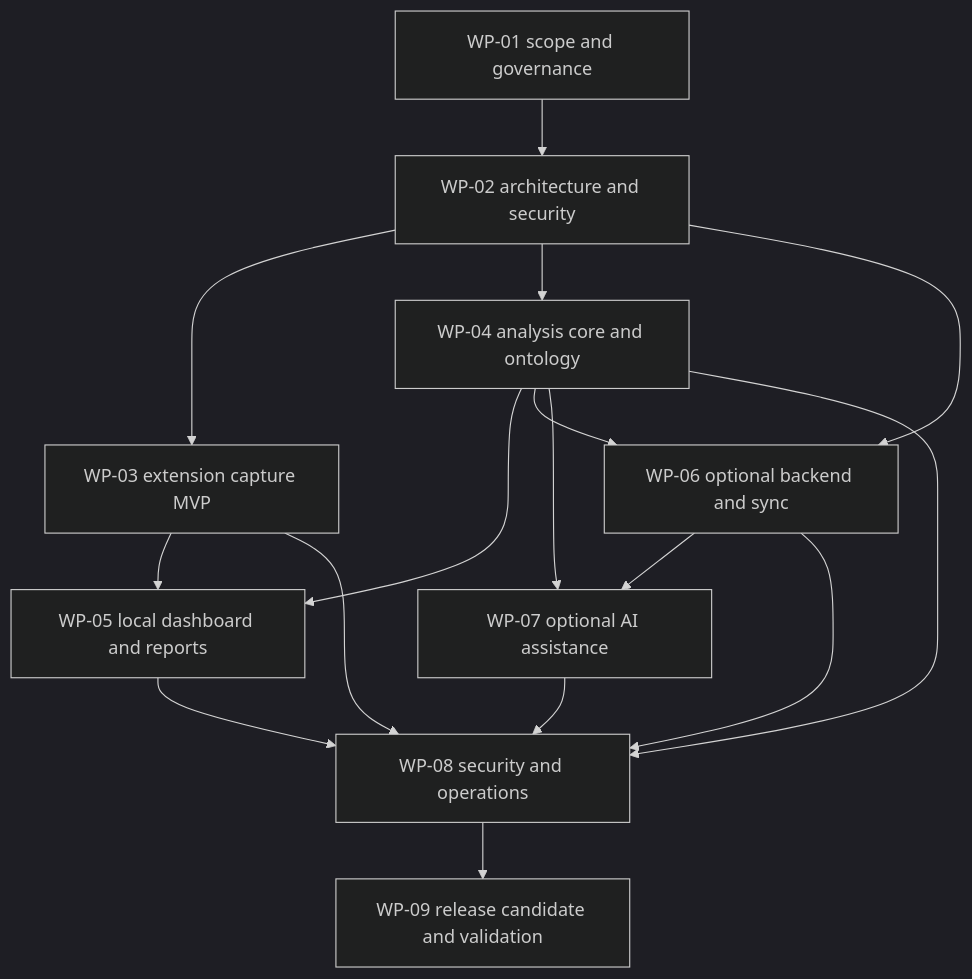
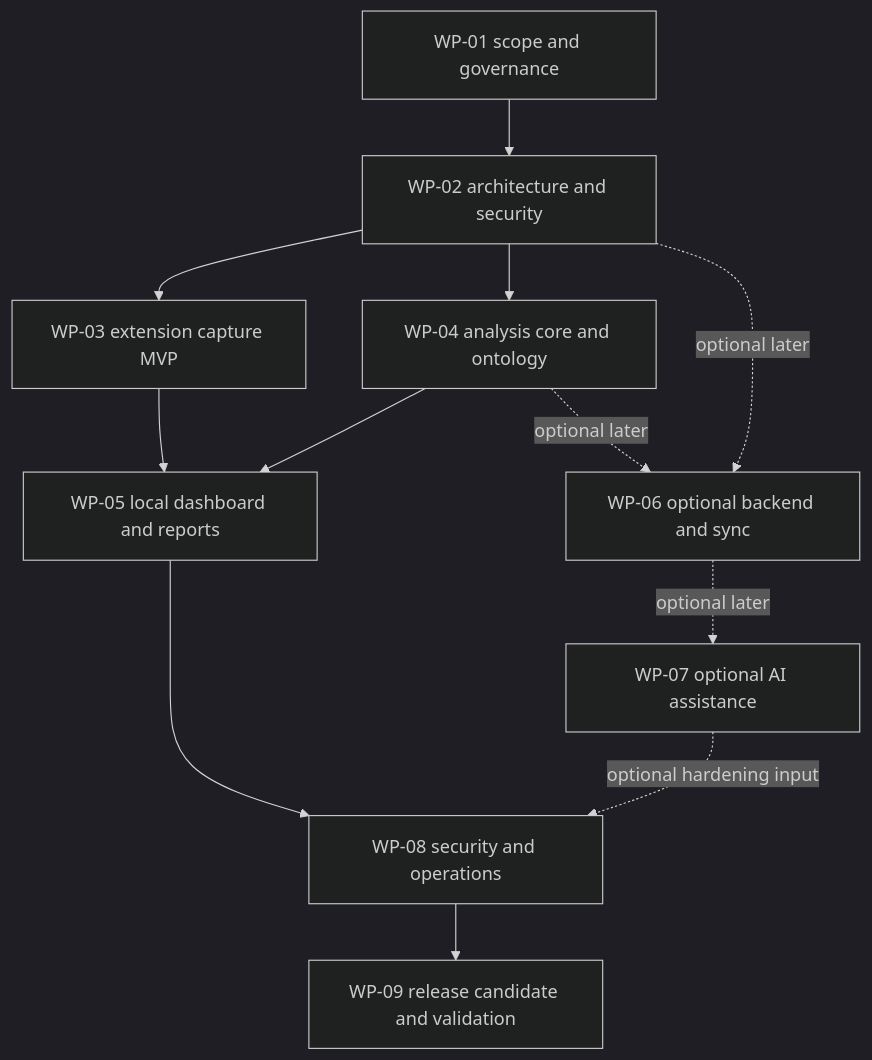
One commit to phooriwat3/jobskill-radar changed the diagram in docs/roadmap/work-packages.md. Above: the diagram before and after it, drawn with Mermaid (dark theme). The commit also changed other lines of this file and 25 other files, not shown here.

```diff
--- a/docs/roadmap/work-packages.md
+++ b/docs/roadmap/work-packages.md
@@ -10,18 +10,14 @@
 ~~~mermaid
 flowchart TD
   WP01[WP-01 scope and governance] --> WP02[WP-02 architecture and security]
   WP02 --> WP03[WP-03 extension capture MVP]
   WP02 --> WP04[WP-04 analysis core and ontology]
   WP03 --> WP05[WP-05 local dashboard and reports]
   WP04 --> WP05
-  WP02 --> WP06[WP-06 optional backend and sync]
-  WP04 --> WP06
-  WP04 --> WP07[WP-07 optional AI assistance]
-  WP06 --> WP07
-  WP03 --> WP08[WP-08 security and operations]
-  WP04 --> WP08
-  WP05 --> WP08
-  WP06 --> WP08
-  WP07 --> WP08
+  WP05 --> WP08[WP-08 security and operations]
   WP08 --> WP09[WP-09 release candidate and validation]
+  WP02 -. optional later .-> WP06[WP-06 optional backend and sync]
+  WP04 -. optional later .-> WP06
+  WP06 -. optional later .-> WP07[WP-07 optional AI assistance]
+  WP07 -. optional hardening input .-> WP08
 ~~~
```
